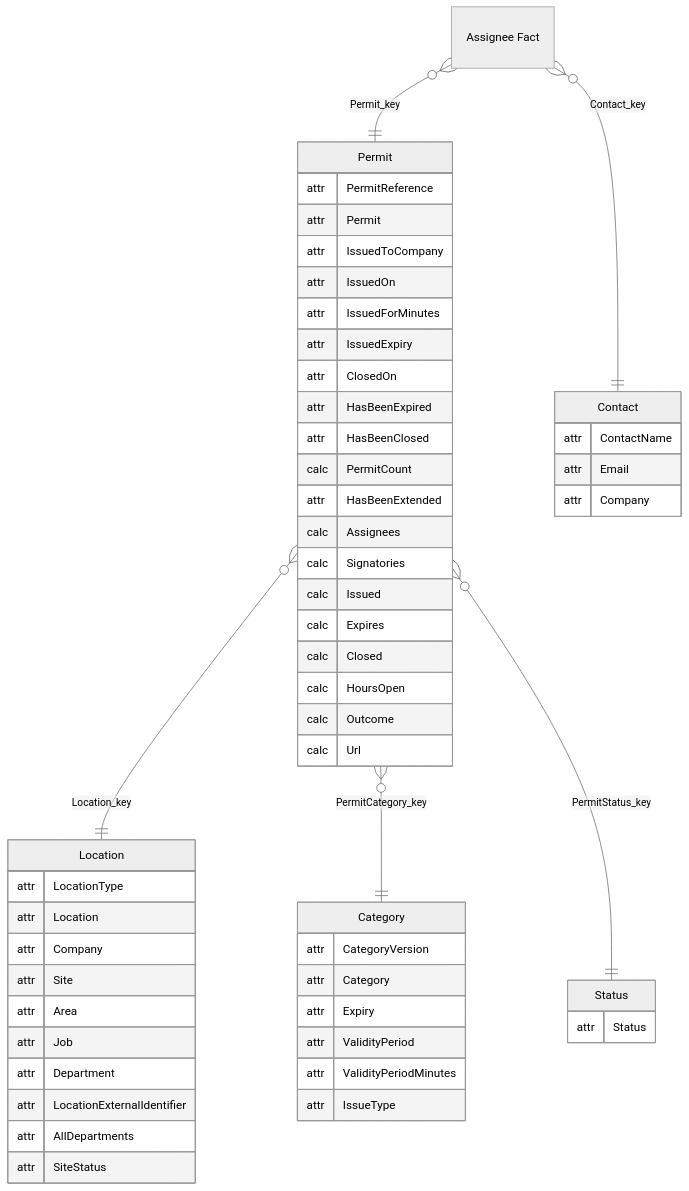
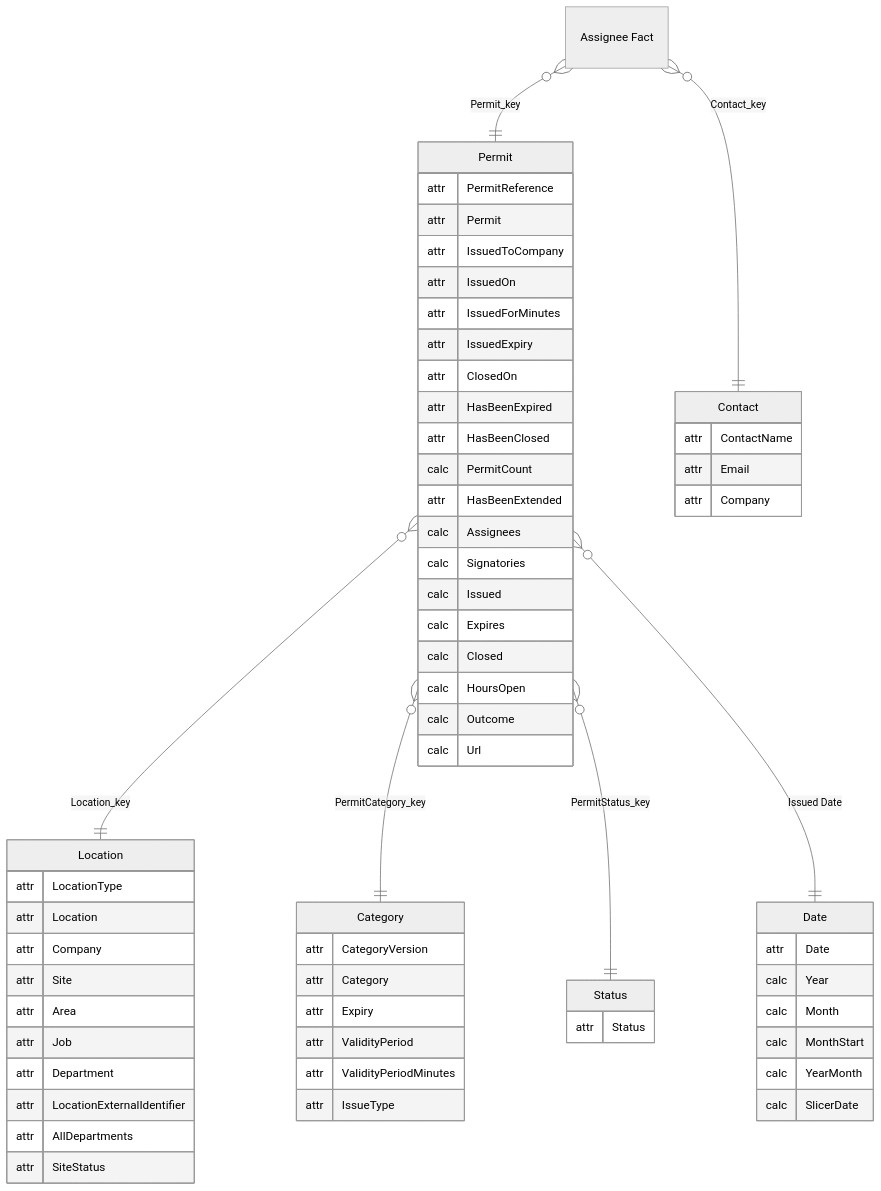
Before and after one commit to work-wallet/BIClient: the first of 7 diagrams in PowerBISamplesModels/Permits.md, drawn with Mermaid. The commit also changed other lines of this file and 17 other files, not shown here.

````diff
--- a/PowerBISamplesModels/Permits.md
+++ b/PowerBISamplesModels/Permits.md
@@ -7,63 +7,72 @@
 ```mermaid
 ---
 config:
   theme: neutral
 ---
 erDiagram
     "Permit" {
         attr PermitReference
         attr Permit
         attr IssuedToCompany
         attr IssuedOn
         attr IssuedForMinutes
         attr IssuedExpiry
         attr ClosedOn
         attr HasBeenExpired
         attr HasBeenClosed
         calc PermitCount
         attr HasBeenExtended
         calc Assignees
         calc Signatories
         calc Issued
         calc Expires
         calc Closed
         calc HoursOpen
         calc Outcome
         calc Url
     }
     "Status" {
         attr Status
     }
     "Location" {
         attr LocationType
         attr Location
         attr Company
         attr Site
         attr Area
         attr Job
         attr Department
         attr LocationExternalIdentifier
         attr AllDepartments
         attr SiteStatus
     }
     "Category" {
         attr CategoryVersion
         attr Category
         attr Expiry
         attr ValidityPeriod
         attr ValidityPeriodMinutes
         attr IssueType
     }
     "Assignee Fact" {
     }
     "Contact" {
         attr ContactName
         attr Email
         attr Company
     }
+    "Date" {
+        attr Date
+        calc Year
+        calc Month
+        calc MonthStart
+        calc YearMonth
+        calc SlicerDate
+    }
     "Permit" }o--|| "Location" : "Location_key"
     "Permit" }o--|| "Category" : "PermitCategory_key"
     "Permit" }o--|| "Status" : "PermitStatus_key"
     "Assignee Fact" }o--|| "Contact" : "Contact_key"
     "Assignee Fact" }o--|| "Permit" : "Permit_key"
+    "Permit" }o--|| "Date" : "Issued Date"
 ```
````
